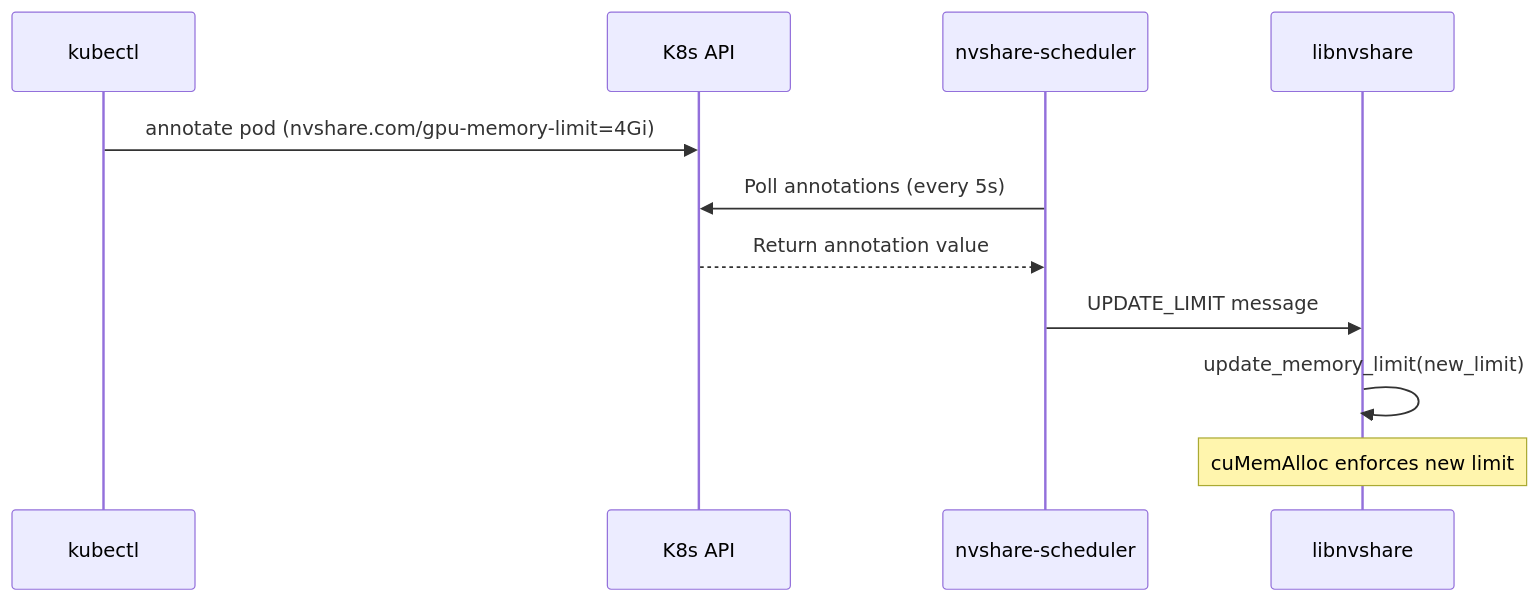
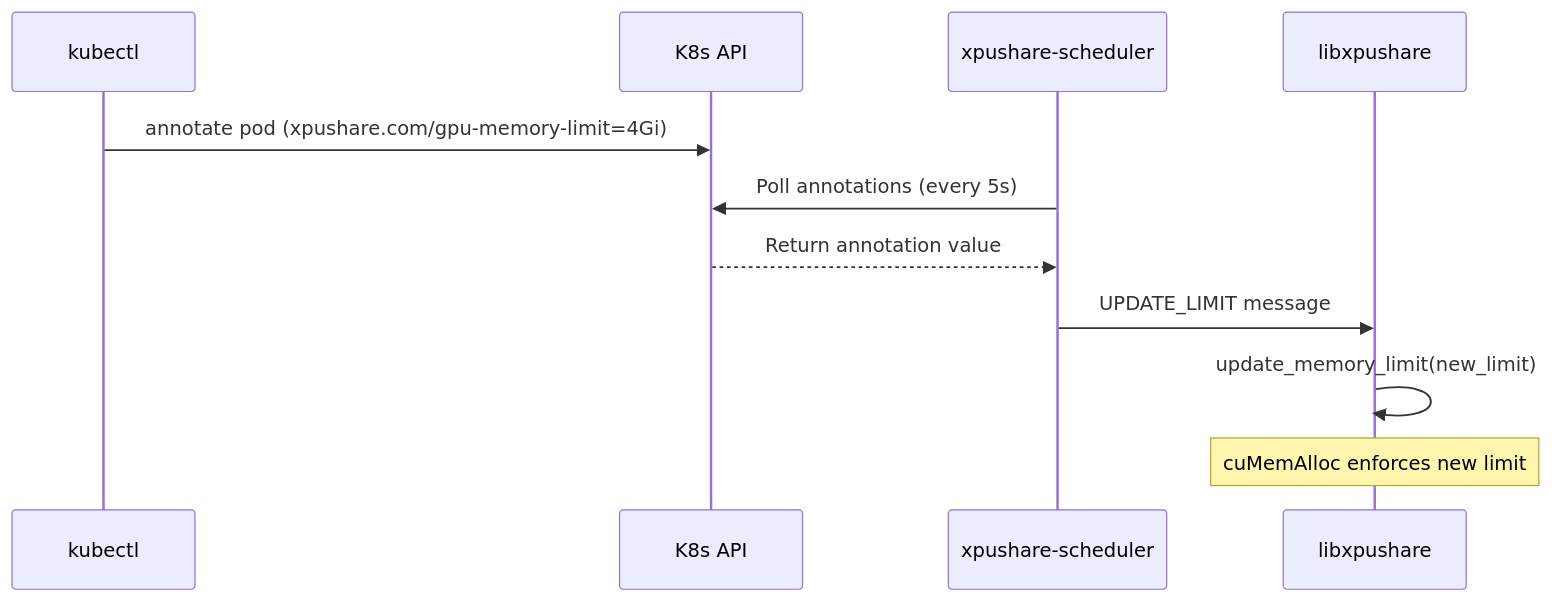
Before and after one commit to luogangyi/XPUShare: the diagram in docs/verify/verify_dynamic_memory_limit.md, drawn with Mermaid. The commit also changed other lines of this file and 150 other files, not shown here.

````diff
--- a/docs/verify/verify_dynamic_memory_limit.md
+++ b/docs/verify/verify_dynamic_memory_limit.md
@@ -82,14 +82,14 @@
 ```mermaid
 sequenceDiagram
     participant User as kubectl
     participant K8s as K8s API
-    participant Scheduler as nvshare-scheduler
-    participant Client as libnvshare
+    participant Scheduler as xpushare-scheduler
+    participant Client as libxpushare
 
-    User->>K8s: annotate pod (nvshare.com/gpu-memory-limit=4Gi)
+    User->>K8s: annotate pod (xpushare.com/gpu-memory-limit=4Gi)
     Scheduler->>K8s: Poll annotations (every 5s)
     K8s-->>Scheduler: Return annotation value
     Scheduler->>Client: UPDATE_LIMIT message
     Client->>Client: update_memory_limit(new_limit)
     Note over Client: cuMemAlloc enforces new limit
 ```
````
